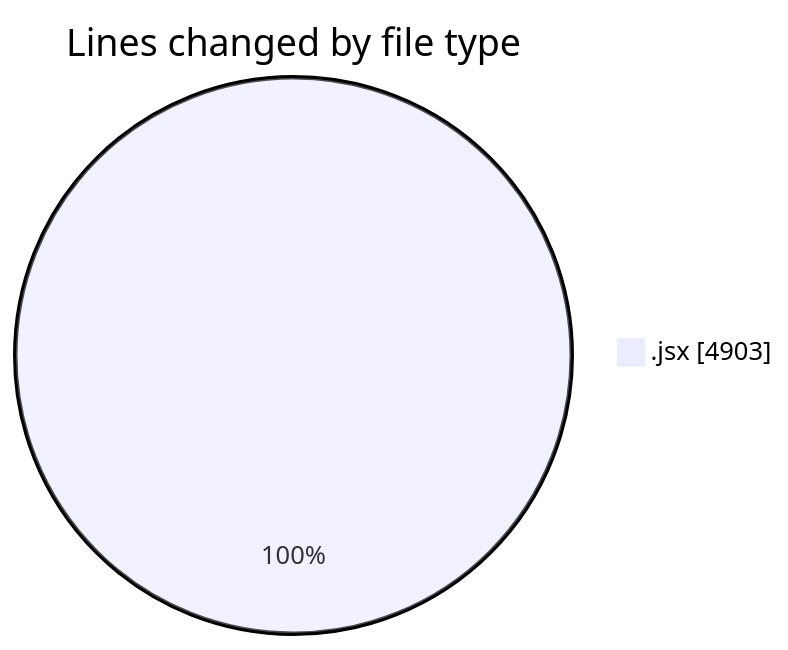
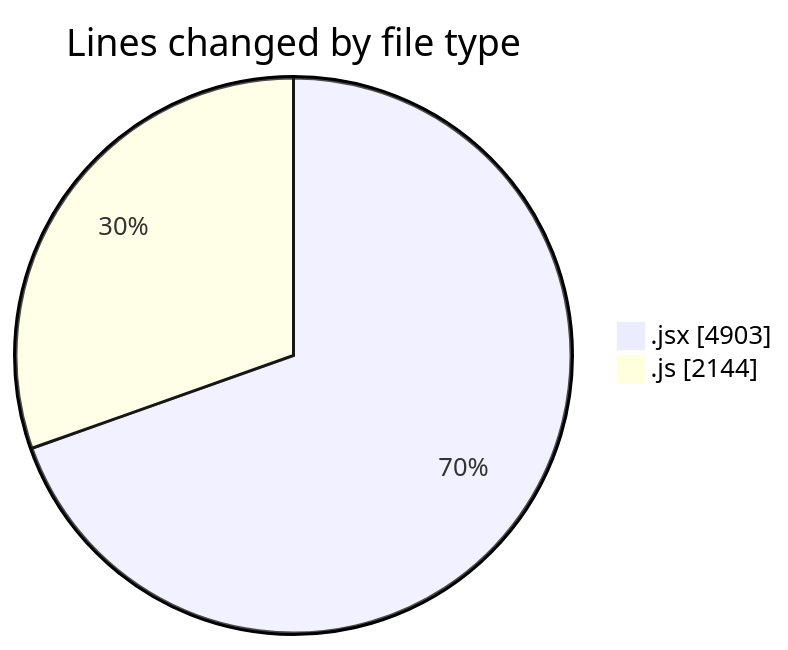
Before and after one commit to nxtqubesakshisongat/code-tracking: the first of 2 diagrams in 2025-09-28/nxtqube_webapp/README.md, drawn with Mermaid. The commit also changed other lines of this file and 1 other file, not shown here.

````diff
--- a/2025-09-28/nxtqube_webapp/README.md
+++ b/2025-09-28/nxtqube_webapp/README.md
@@ -21,5 +23,6 @@
 ```mermaid
 pie showData
 title Lines changed by file type
 ".jsx" : 4903
+".js" : 2144
 ```
````
